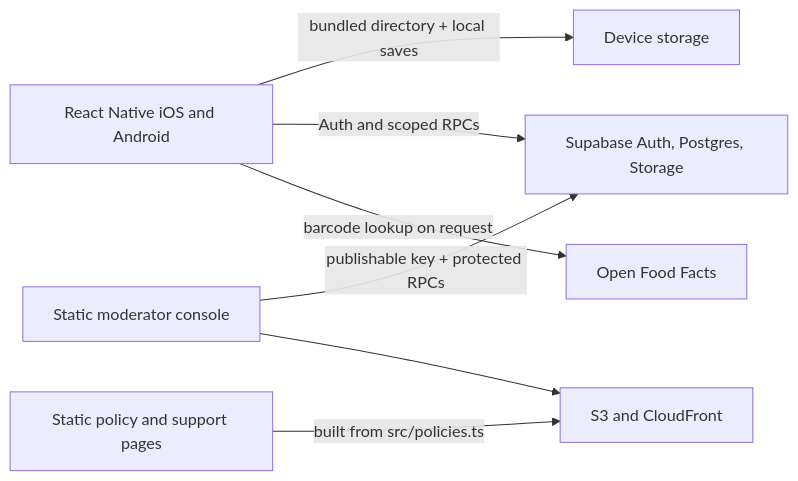
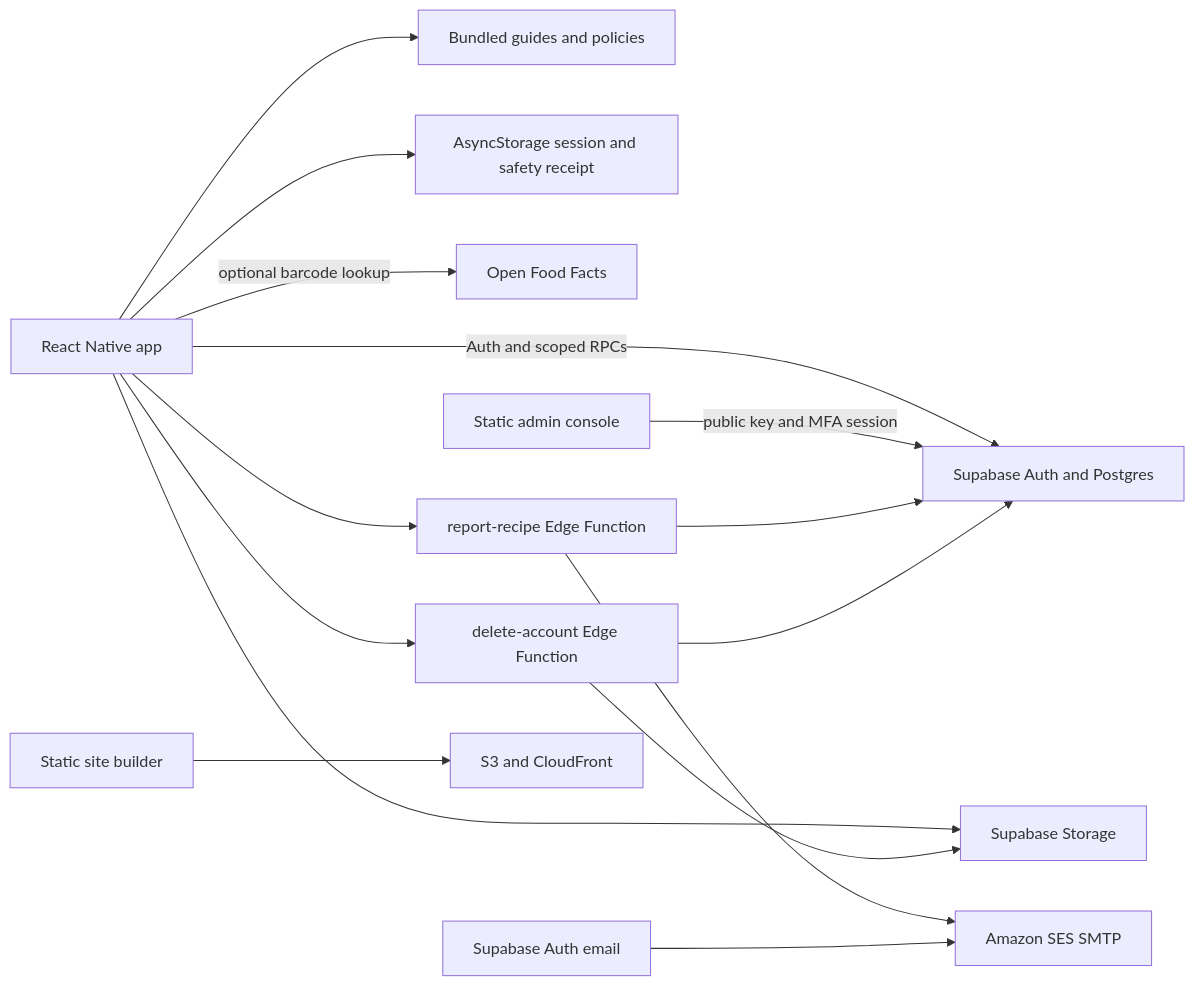
One commit to pa-mi-su/instead changed the diagram in README.md. Above: the diagram before and after it, drawn with Mermaid. The commit also changed other lines of this file and 13 other files, not shown here.

````diff
--- a/README.md
+++ b/README.md
@@ -20,9 +50,17 @@
 ```mermaid
 flowchart LR
-  RN[React Native iOS and Android] -->|bundled directory + local saves| NativeStore[Device storage]
-  RN -->|Auth and scoped RPCs| SB[Supabase Auth, Postgres, Storage]
-  RN -->|barcode lookup on request| OFF[Open Food Facts]
-  Admin[Static moderator console] -->|publishable key + protected RPCs| SB
-  Policy[Static policy and support pages] -->|built from src/policies.ts| CDN[S3 and CloudFront]
-  Admin --> CDN
+  App[React Native app] --> Bundled[Bundled guides and policies]
+  App --> Local[AsyncStorage session and safety receipt]
+  App -->|Auth and scoped RPCs| Supabase[Supabase Auth and Postgres]
+  App --> Storage[Supabase Storage]
+  App -->|optional barcode lookup| OFF[Open Food Facts]
+  Admin[Static admin console] -->|public key and MFA session| Supabase
+  App --> Report[report-recipe Edge Function]
+  Report --> Supabase
+  Report --> SES[Amazon SES SMTP]
+  App --> Delete[delete-account Edge Function]
+  Delete --> Supabase
+  Delete --> Storage
+  AuthMail[Supabase Auth email] --> SES
+  Build[Static site builder] --> CDN[S3 and CloudFront]
 ```
````
